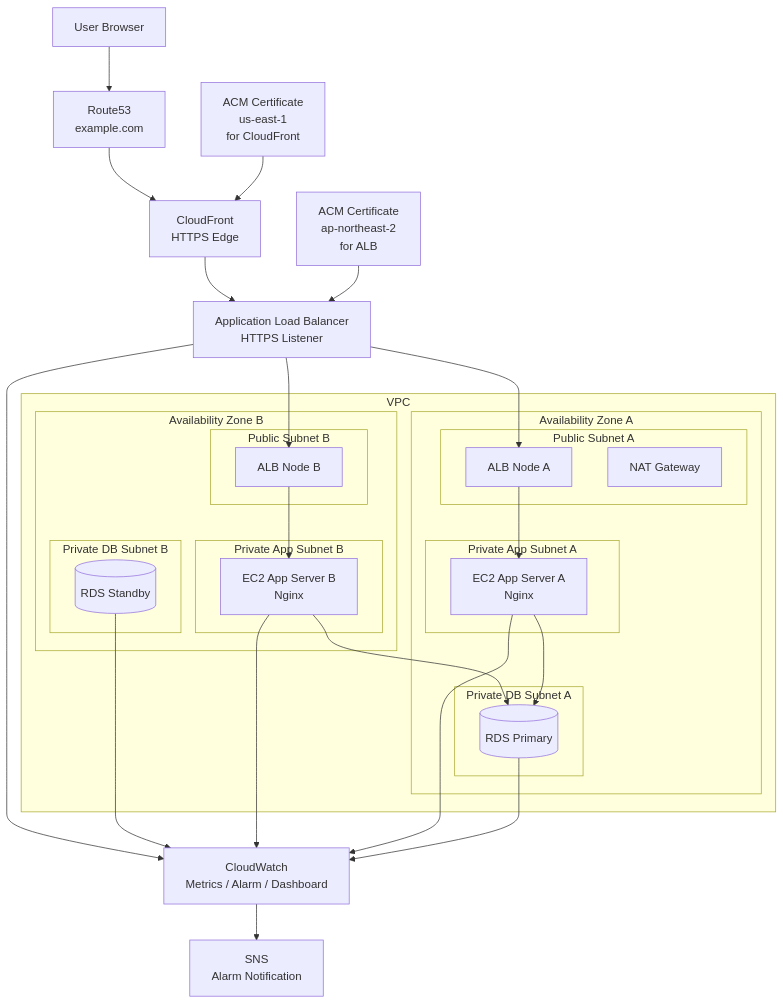
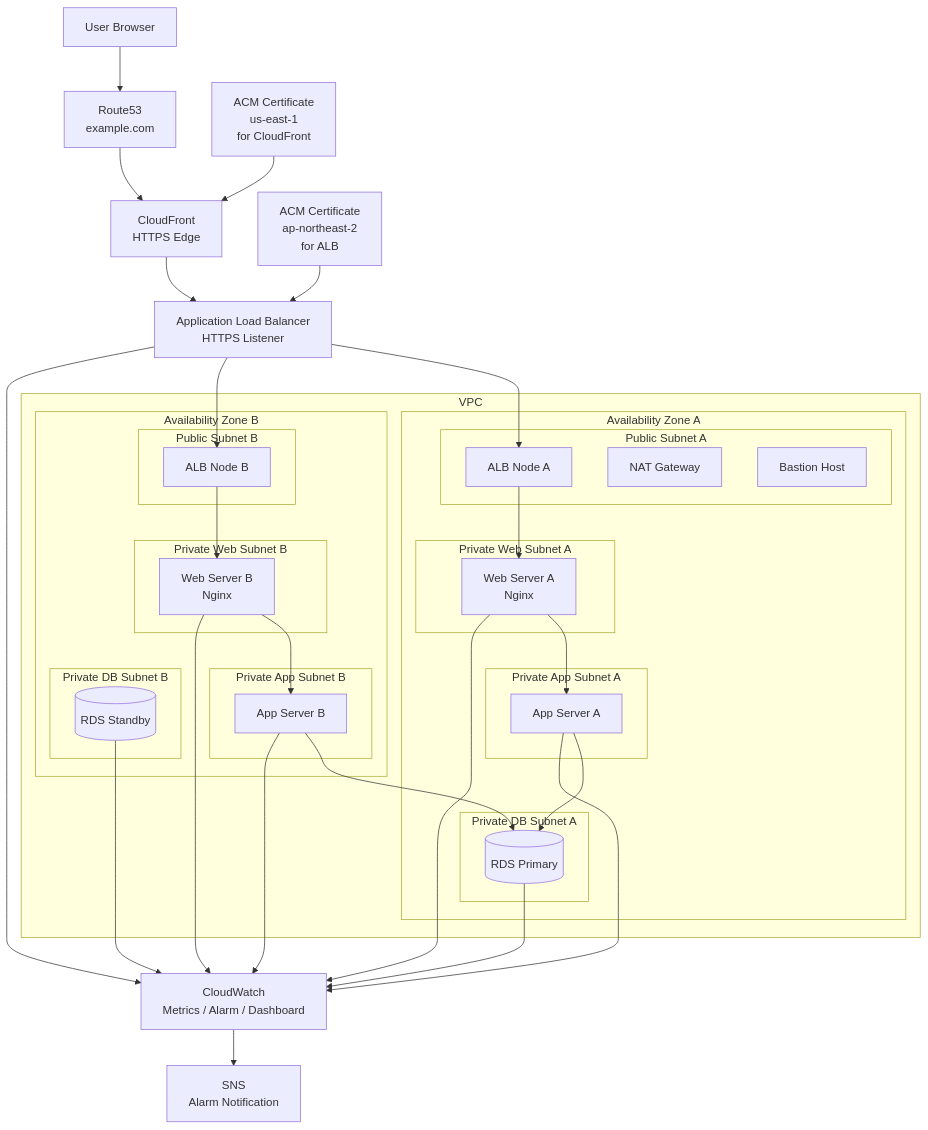
Before and after one commit to riptae/aws-final-tier3: the diagram in README.md, drawn with Mermaid. The commit also changed other lines of this file, not shown here.

Commit message:
tier-3 도식 수정

```diff
--- a/README.md
+++ b/README.md
@@ -19,10 +21,15 @@
             subgraph PublicA[Public Subnet A]
                 ALB_A[ALB Node A]
                 NAT_A[NAT Gateway]
+                Bastion[Bastion Host]
+            end
+
+            subgraph PrivateWebA[Private Web Subnet A]
+                WebA[Web Server A<br/>Nginx]
             end
 
             subgraph PrivateAppA[Private App Subnet A]
-                EC2A[EC2 App Server A<br/>Nginx]
+                AppA[App Server A]
             end
 
             subgraph PrivateDBA[Private DB Subnet A]
@@ -37,8 +44,12 @@
                 ALB_B[ALB Node B]
             end
 
+            subgraph PrivateWebB[Private Web Subnet B]
+                WebB[Web Server B<br/>Nginx]
+            end
+
             subgraph PrivateAppB[Private App Subnet B]
-                EC2B[EC2 App Server B<br/>Nginx]
+                AppB[App Server B]
             end
 
             subgraph PrivateDBB[Private DB Subnet B]
@@ -62,14 +73,19 @@
     ALB --> ALB_A
     ALB --> ALB_B
 
-    ALB_A --> EC2A
-    ALB_B --> EC2B
+    ALB_A --> WebA
+    ALB_B --> WebB
 
-    EC2A --> RDSA
-    EC2B --> RDSA
+    WebA --> AppA
+    WebB --> AppB
 
-    EC2A --> CW
-    EC2B --> CW
+    AppA --> RDSA
+    AppB --> RDSA
+
+    WebA --> CW
+    WebB --> CW
+    AppA --> CW
+    AppB --> CW
     ALB --> CW
     RDSA --> CW
     RDSB --> CW
```
